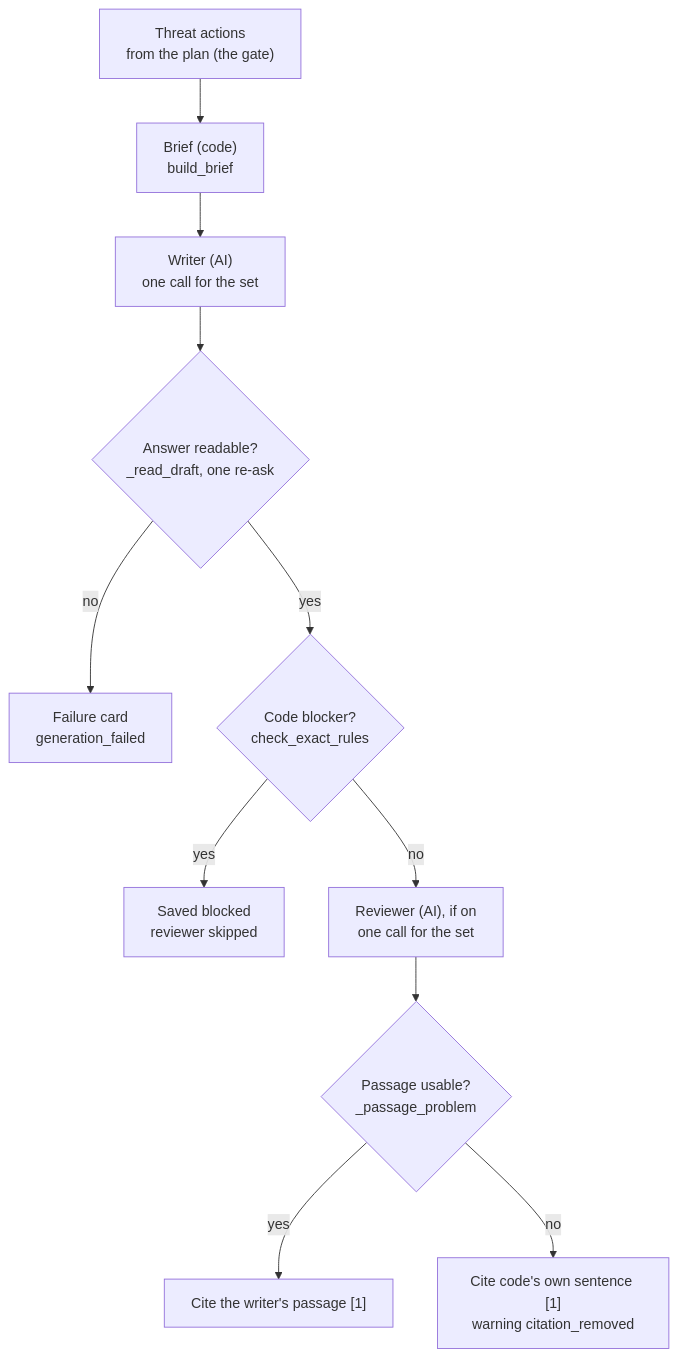
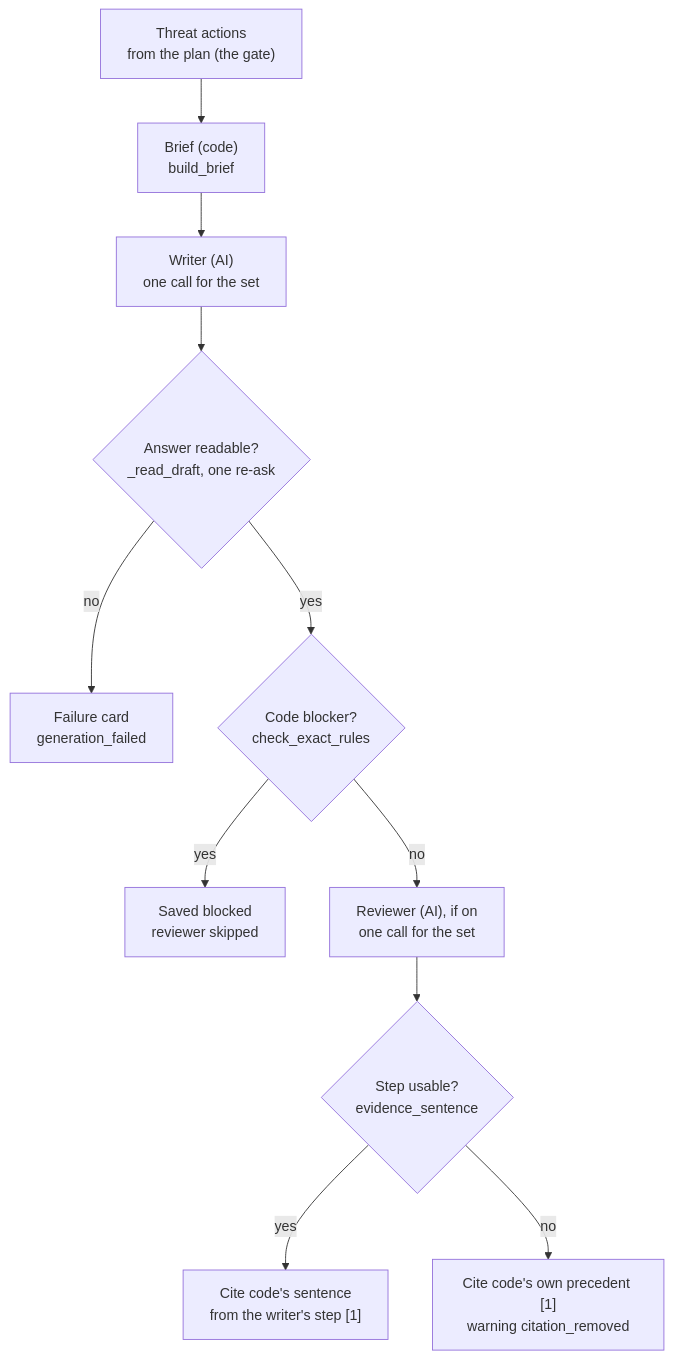
Before and after one commit to gopalchettri/cii: the eighth of 13 diagrams in docs/TSG_END_TO_END_FLOW.md, drawn with Mermaid. The commit also changed other lines of this file and 13 other files, not shown here.

First line of the commit message:
Code writes the evidence sentence from the writer's step, its link and users form picked by the set's epoch and the slot's place (D65)

````diff
--- a/docs/TSG_END_TO_END_FLOW.md
+++ b/docs/TSG_END_TO_END_FLOW.md
@@ -2179,13 +2178,13 @@
 ```mermaid
 flowchart TB
     A["Threat actions<br/>from the plan (the gate)"] --> B
     B["Brief (code)<br/>build_brief"] --> W["Writer (AI)<br/>one call for the set"]
     W --> R{"Answer readable?<br/>_read_draft, one re-ask"}
     R -- no --> F["Failure card<br/>generation_failed"]
     R -- yes --> X{"Code blocker?<br/>check_exact_rules"}
     X -- yes --> S["Saved blocked<br/>reviewer skipped"]
     X -- no --> V["Reviewer (AI), if on<br/>one call for the set"]
-    V --> P{"Passage usable?<br/>_passage_problem"}
-    P -- yes --> C1["Cite the writer's passage [1]"]
-    P -- no --> C2["Cite code's own sentence [1]<br/>warning citation_removed"]
+    V --> P{"Step usable?<br/>evidence_sentence"}
+    P -- yes --> C1["Cite code's sentence<br/>from the writer's step [1]"]
+    P -- no --> C2["Cite code's own precedent [1]<br/>warning citation_removed"]
 ```
````
